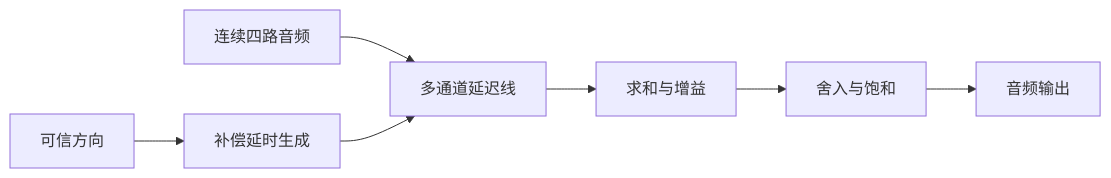
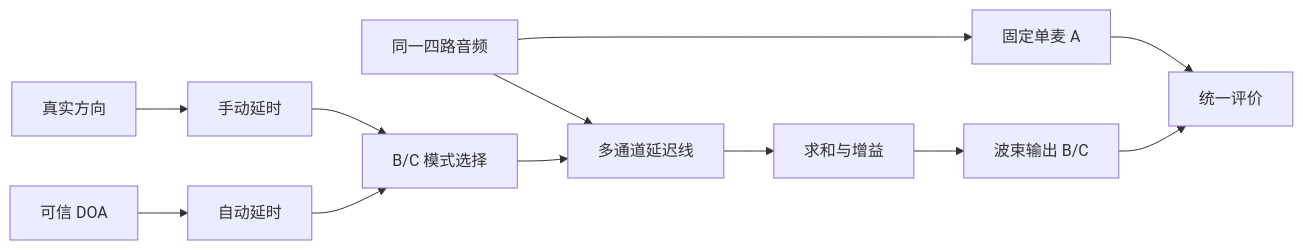
Before and after one commit to TophBeifong1744/Competition_fpga: the fifth of 6 diagrams in docs/engineering-flow.md, drawn with Mermaid. The commit also changed other lines of this file and 16 other files, not shown here.

````diff
--- a/docs/engineering-flow.md
+++ b/docs/engineering-flow.md
@@ -79,9 +84,14 @@
 ```mermaid
 flowchart LR
-    AUDIO[连续四路音频] --> DELAY[多通道延迟线]
-    DOA[可信方向] --> STEER[补偿延时生成]
-    STEER --> DELAY
+    AUDIO[同一四路音频] --> A[固定单麦 A]
+    AUDIO --> DELAY[多通道延迟线]
+    TRUTH[真实方向] --> MANUAL[手动延时]
+    DOA[可信 DOA] --> AUTO[自动延时]
+    MANUAL --> SELECT[B/C 模式选择]
+    AUTO --> SELECT
+    SELECT --> DELAY
     DELAY --> SUM[求和与增益]
-    SUM --> SAT[舍入与饱和]
-    SAT --> OUT[音频输出]
+    SUM --> BC[波束输出 B/C]
+    A --> EVAL[统一评价]
+    BC --> EVAL
 ```
````
